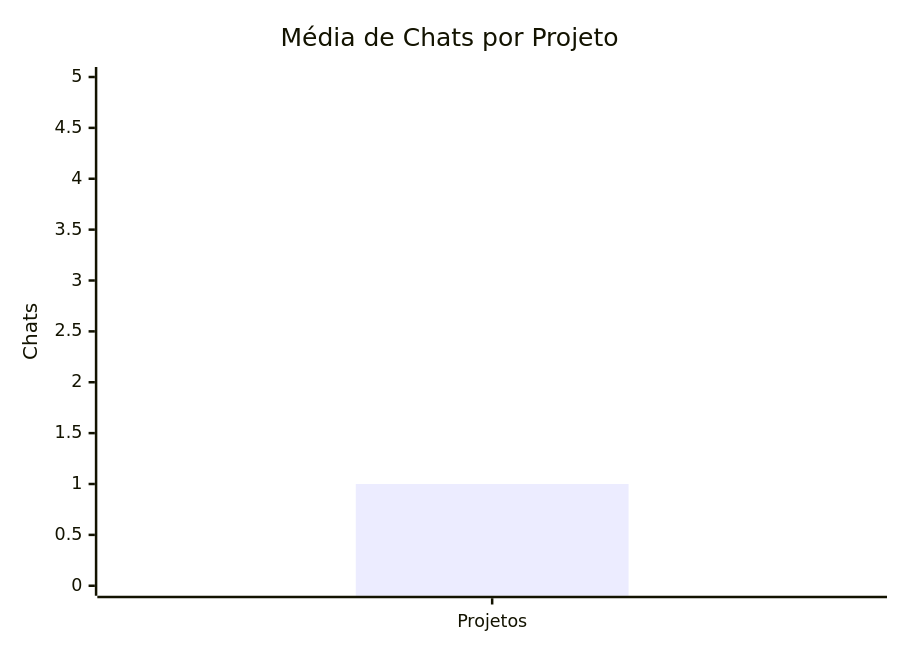
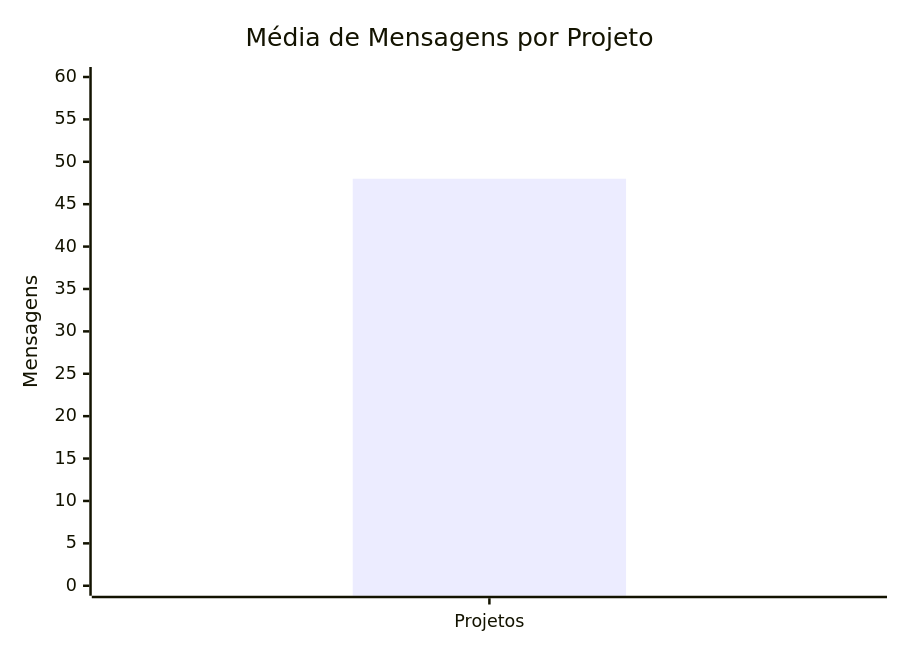
One commit to Ennzzo/acadus changed the sixth of 6 diagrams in docs/performance-indicators.md. Above: the diagram before and after it, drawn with Mermaid. The commit also changed other lines of this file and 24 other files, not shown here.

````diff
--- a/docs/performance-indicators.md
+++ b/docs/performance-indicators.md
@@ -97,7 +158,7 @@
 ```mermaid
 xychart-beta
-    title "Média de Chats por Projeto"
+    title "Média de Mensagens por Projeto"
     x-axis ["Projetos"]
-    y-axis "Chats" 0 --> 5
-    bar [1]
+    y-axis "Mensagens" 0 --> 60
+    bar [48]
 ```
````
